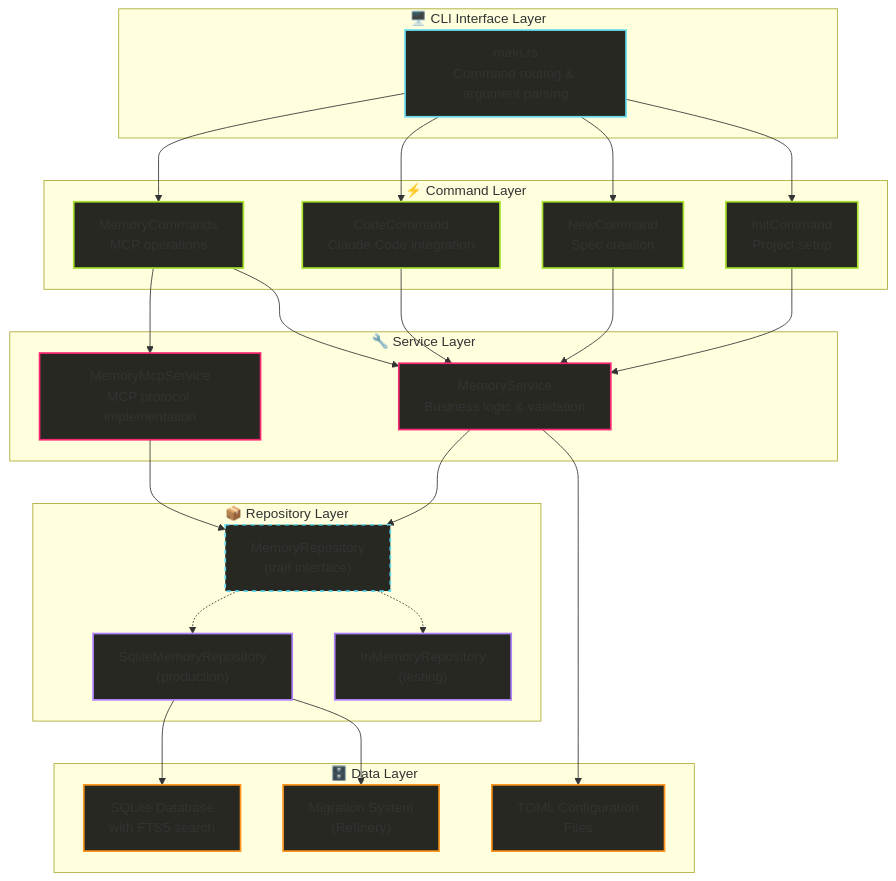
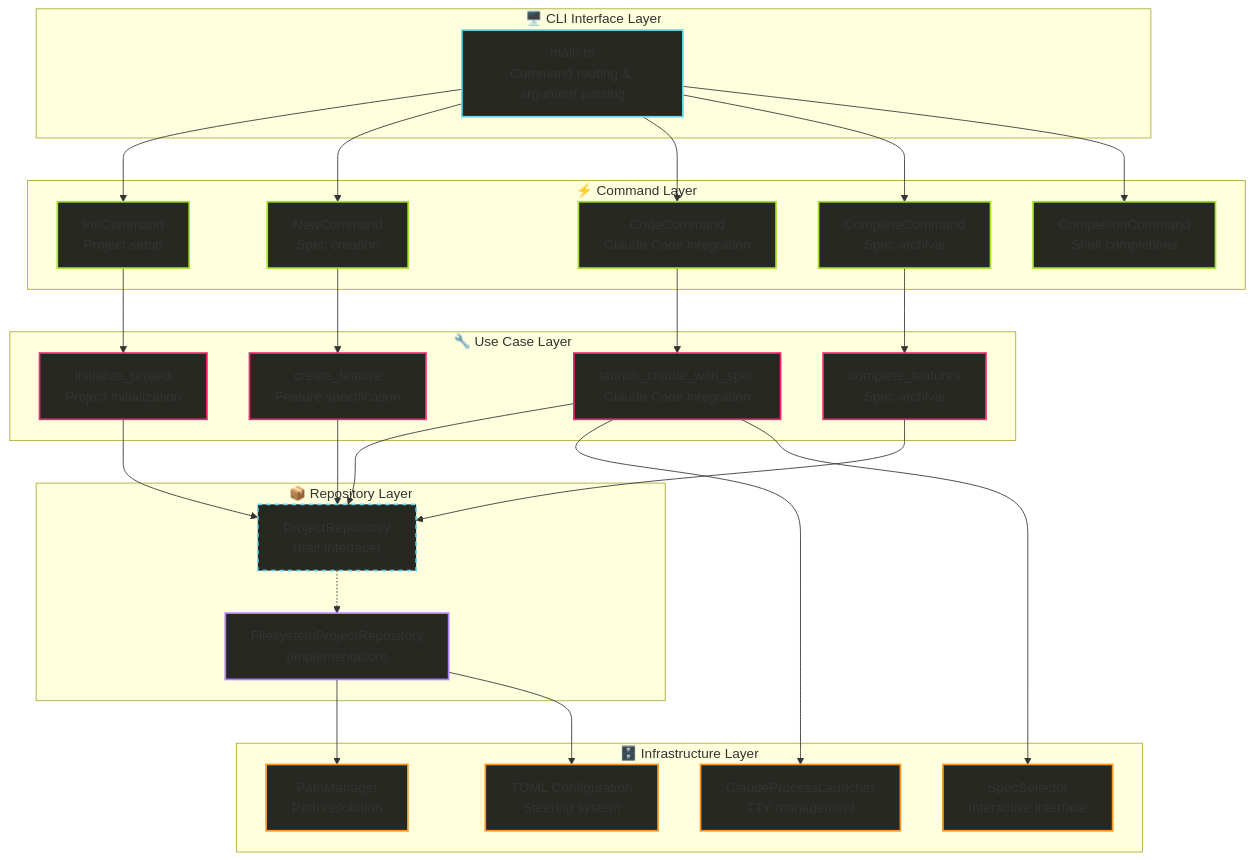
The diagram in .kiro/steering/structure.md (ashigirl96/hail-mary), drawn with Mermaid before and after one commit. The commit also changed other lines of this file and 22 other files, not shown here.

````diff
--- a/.kiro/steering/structure.md
+++ b/.kiro/steering/structure.md
@@ -22,76 +22,81 @@
 ```mermaid
 %%{init: {
   'theme': 'dark',
   'themeCSS': '
     .nodeLabel { color: #FD971F !important; }
     .edgeLabel { color: #A6E22E !important; background-color: transparent !important; }
     .cluster rect { fill: #272822 !important; stroke: #F92672 !important; stroke-width: 2px !important; rx: 5px !important; ry: 5px !important; }
     .node rect, .node circle, .node ellipse, .node polygon, .node path { fill: #272822 !important; stroke: #A6E22E !important; stroke-width: 2px !important; }
     .flowchart-link { stroke: #66D9EF !important; stroke-width: 2px !important; }
   '
 }}%%
 
 flowchart TB
     subgraph CLI ["🖥️ CLI Interface Layer"]
         Main["main.rs<br/>Command routing & argument parsing"]
     end
     
     subgraph CMD ["⚡ Command Layer"]
         Init["InitCommand<br/>Project setup"]
         New["NewCommand<br/>Spec creation"]
         Code["CodeCommand<br/>Claude Code integration"]
-        Memory["MemoryCommands<br/>MCP operations"]
+        Complete["CompleteCommand<br/>Spec archival"]
+        Shell["CompletionCommand<br/>Shell completions"]
     end
     
-    subgraph SVC ["🔧 Service Layer"]
-        MemSvc["MemoryService<br/>Business logic & validation"]
-        McpSvc["MemoryMcpService<br/>MCP protocol implementation"]
+    subgraph UC ["🔧 Use Case Layer"]
+        InitUC["initialize_project<br/>Project initialization"]
+        CreateUC["create_feature<br/>Feature specification"]
+        CompleteUC["complete_features<br/>Spec archival"]
+        LaunchUC["launch_claude_with_spec<br/>Claude Code integration"]
     end
     
     subgraph REPO ["📦 Repository Layer"]
-        RepoTrait["MemoryRepository<br/>(trait interface)"]
-        SqliteRepo["SqliteMemoryRepository<br/>(production)"]
-        InMemRepo["InMemoryRepository<br/>(testing)"]
+        ProjectRepo["ProjectRepository<br/>(trait interface)"]
+        FsRepo["FilesystemProjectRepository<br/>(implementation)"]
     end
     
-    subgraph DATA ["🗄️ Data Layer"]
-        DB["SQLite Database<br/>with FTS5 search"]
-        Migration["Migration System<br/>(Refinery)"]
-        Config["TOML Configuration<br/>Files"]
+    subgraph INFRA ["🗄️ Infrastructure Layer"]
+        PathMgr["PathManager<br/>Path resolution"]
+        ProcessLauncher["ClaudeProcessLauncher<br/>TTY management"]
+        TUI["SpecSelector<br/>Interactive interface"]
+        Config["TOML Configuration<br/>Steering system"]
     end
     
     Main --> Init
     Main --> New
     Main --> Code
-    Main --> Memory
+    Main --> Complete
+    Main --> Shell
     
-    Init --> MemSvc
-    New --> MemSvc
-    Code --> MemSvc
-    Memory --> MemSvc
-    Memory --> McpSvc
+    Init --> InitUC
+    New --> CreateUC
+    Code --> LaunchUC
+    Complete --> CompleteUC
     
-    MemSvc --> RepoTrait
-    McpSvc --> RepoTrait
+    InitUC --> ProjectRepo
+    CreateUC --> ProjectRepo
+    LaunchUC --> ProjectRepo
+    CompleteUC --> ProjectRepo
     
-    RepoTrait -.-> SqliteRepo
-    RepoTrait -.-> InMemRepo
+    ProjectRepo -.-> FsRepo
     
-    SqliteRepo --> DB
-    SqliteRepo --> Migration
-    MemSvc --> Config
+    FsRepo --> PathMgr
+    FsRepo --> Config
+    LaunchUC --> ProcessLauncher
+    LaunchUC --> TUI
     
     classDef cli fill:#272822,stroke:#66D9EF,stroke-width:2px;
     classDef command fill:#272822,stroke:#A6E22E,stroke-width:2px;
-    classDef service fill:#272822,stroke:#F92672,stroke-width:2px;
+    classDef usecase fill:#272822,stroke:#F92672,stroke-width:2px;
     classDef repo fill:#272822,stroke:#AE81FF,stroke-width:2px;
-    classDef data fill:#272822,stroke:#FD971F,stroke-width:2px;
+    classDef infra fill:#272822,stroke:#FD971F,stroke-width:2px;
     classDef interface fill:#272822,stroke:#66D9EF,stroke-width:2px,stroke-dasharray: 5 5;
     
     class Main cli;
-    class Init,New,Code,Memory command;
-    class MemSvc,McpSvc service;
-    class RepoTrait interface;
-    class SqliteRepo,InMemRepo repo;
-    class DB,Migration,Config data;
+    class Init,New,Code,Complete,Shell command;
+    class InitUC,CreateUC,CompleteUC,LaunchUC usecase;
+    class ProjectRepo interface;
+    class FsRepo repo;
+    class PathMgr,ProcessLauncher,TUI,Config infra;
 ```
````
